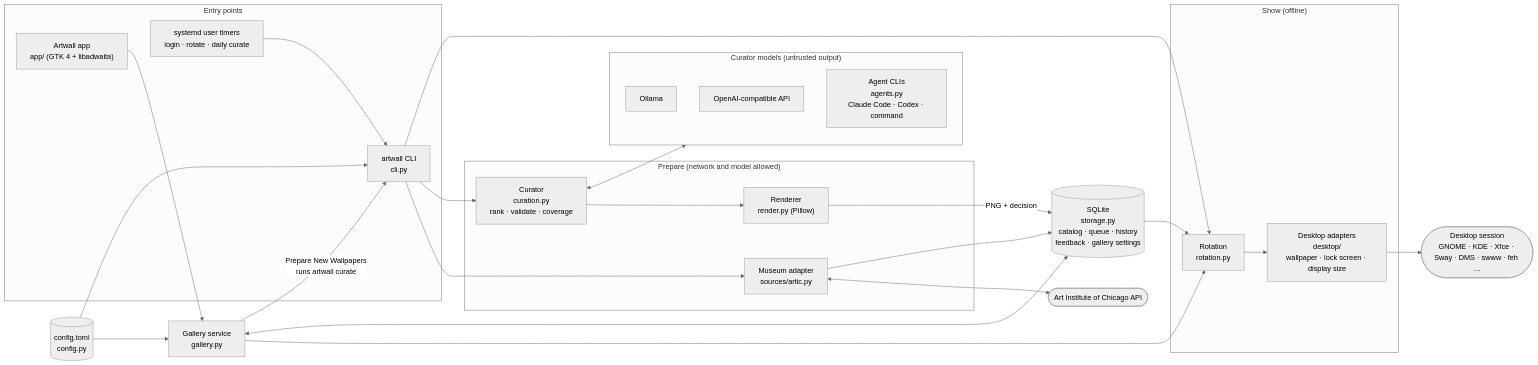
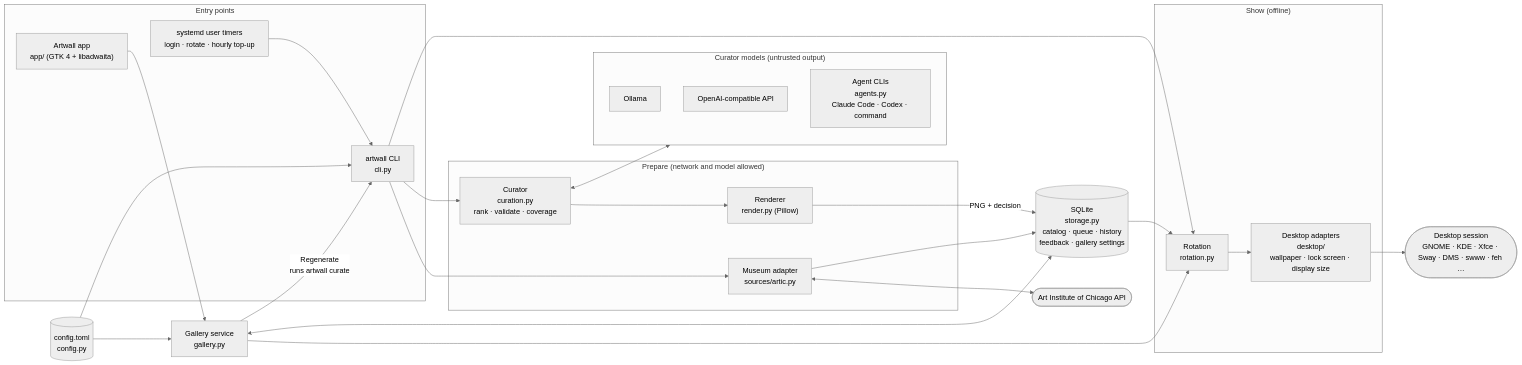
Before and after one commit to saithat/Artwall: the diagram in README.md, drawn with Mermaid (neutral theme). The commit also changed other lines of this file and 17 other files, not shown here.

````diff
--- a/README.md
+++ b/README.md
@@ -125,51 +134,51 @@
 ```mermaid
 flowchart LR
     subgraph entry["Entry points"]
-        timers["systemd user timers<br/>login · rotate · daily curate"]
+        timers["systemd user timers<br/>login · rotate · hourly top-up"]
         cli["artwall CLI<br/>cli.py"]
         app["Artwall app<br/>app/ (GTK 4 + libadwaita)"]
     end
 
     gallery["Gallery service<br/>gallery.py"]
     config[("config.toml<br/>config.py")]
     db[("SQLite<br/>storage.py<br/>catalog · queue · history<br/>feedback · gallery settings")]
 
     subgraph prepare["Prepare (network and model allowed)"]
         sources["Museum adapter<br/>sources/artic.py"]
         curation["Curator<br/>curation.py<br/>rank · validate · coverage"]
         render["Renderer<br/>render.py (Pillow)"]
     end
 
     subgraph models["Curator models (untrusted output)"]
         ollama["Ollama"]
         openai["OpenAI-compatible API"]
         agents["Agent CLIs<br/>agents.py<br/>Claude Code · Codex · command"]
     end
 
     subgraph show["Show (offline)"]
         rotation["Rotation<br/>rotation.py"]
         desktop["Desktop adapters<br/>desktop/<br/>wallpaper · lock screen · display size"]
     end
 
     artic(["Art Institute of Chicago API"])
     session(["Desktop session<br/>GNOME · KDE · Xfce · Sway · DMS · swww · feh …"])
 
     timers --> cli
     app --> gallery
-    gallery -->|"Prepare New Wallpapers<br/>runs artwall curate"| cli
+    gallery -->|"Regenerate<br/>runs artwall curate"| cli
     gallery --> rotation
     cli --> sources
     cli --> curation
     cli --> rotation
     config --> cli
     config --> gallery
     sources <--> artic
     sources --> db
     curation <--> models
     curation --> render
     render -->|"PNG + decision"| db
     db --> rotation
     gallery <--> db
     rotation --> desktop
     desktop --> session
 ```
````
